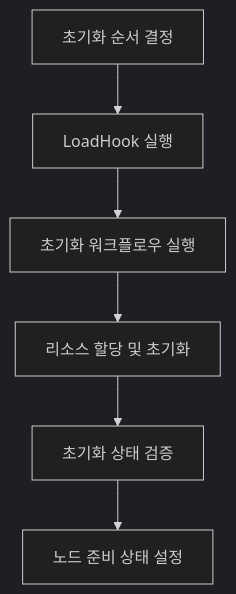
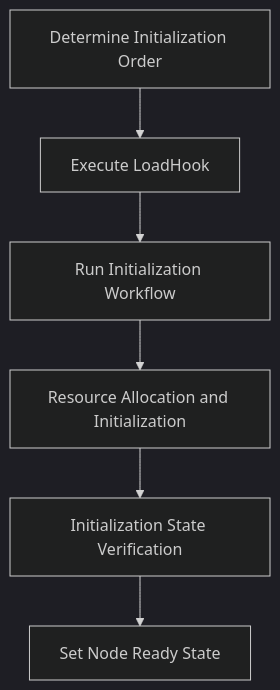
One commit to siyul-park/uniflow changed the seventh of 9 diagrams in docs/flowchart.md. Above: the diagram before and after it, drawn with Mermaid (dark theme). The commit also changed other lines of this file and 3 other files, not shown here.

````diff
--- a/docs/flowchart.md
+++ b/docs/flowchart.md
@@ -201,8 +202,8 @@
 ```mermaid
 flowchart TD
-    A["초기화 순서 결정"] --> B["LoadHook 실행"]
-    B --> C["초기화 워크플로우 실행"]
-    C --> D["리소스 할당 및 초기화"]
-    D --> E["초기화 상태 검증"]
-    E --> F["노드 준비 상태 설정"]
+    A["Determine Initialization Order"] --> B["Execute LoadHook"]
+    B --> C["Run Initialization Workflow"]
+    C --> D["Resource Allocation and Initialization"]
+    D --> E["Initialization State Verification"]
+    E --> F["Set Node Ready State"]
 ```
````
